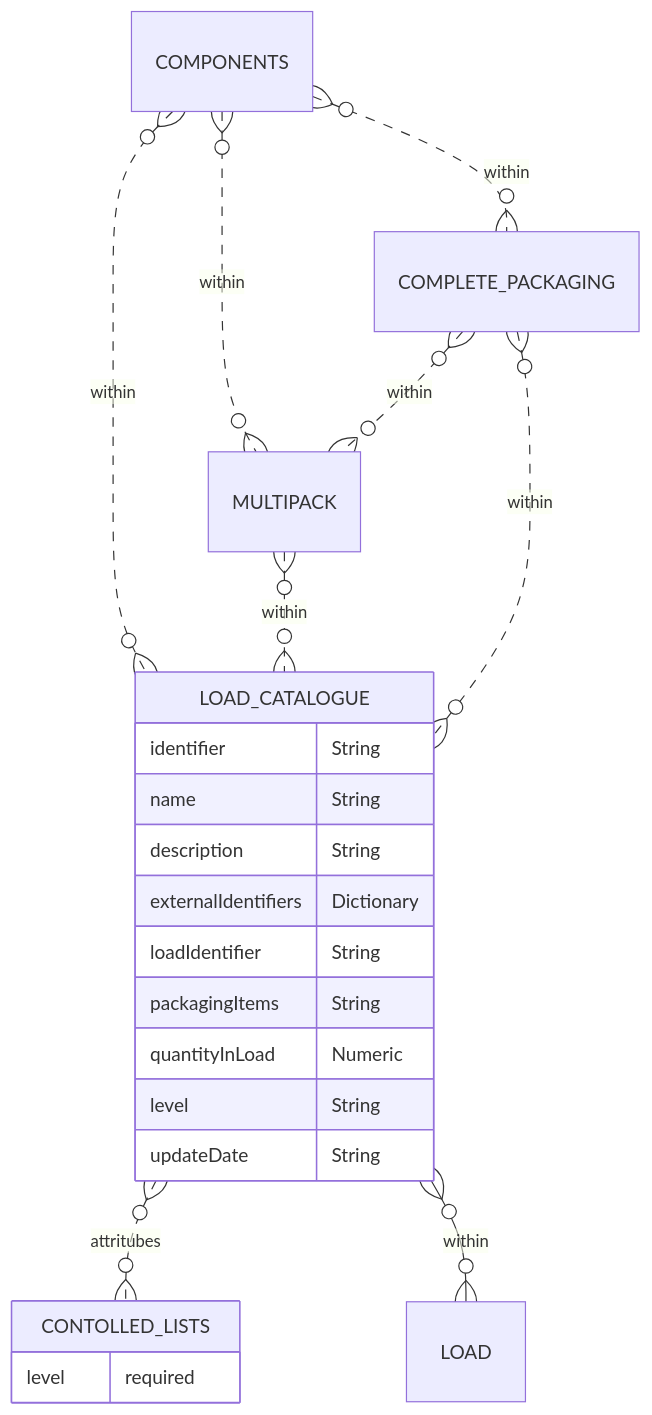
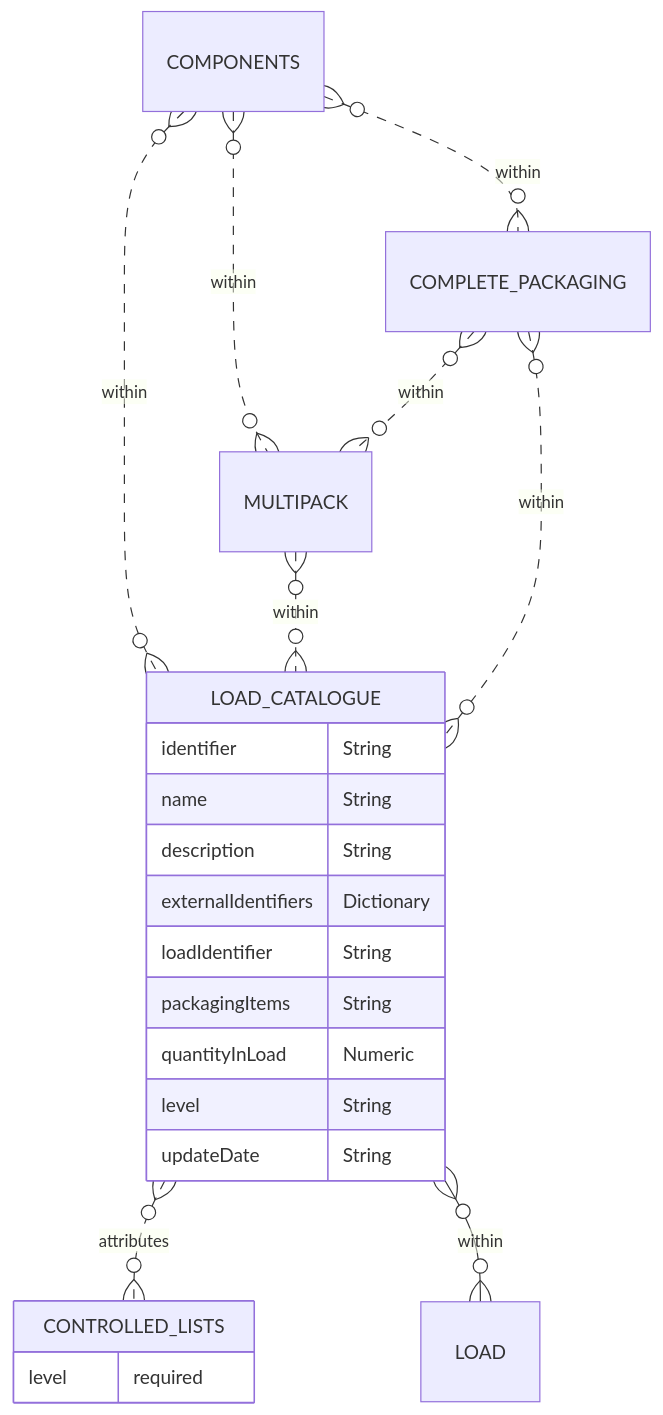
Before and after one commit to OpenDataManchester/Open3P: the diagram in docs/3_Data_Specification/3_6_Load_Catalogue.md, drawn with Mermaid. The commit also changed 4 other files, not shown here.

````diff
--- a/docs/3_Data_Specification/3_6_Load_Catalogue.md
+++ b/docs/3_Data_Specification/3_6_Load_Catalogue.md
@@ -25,26 +25,26 @@
 ``` mermaid
 erDiagram
 COMPONENTS }o..o{ LOAD_CATALOGUE : within
 COMPONENTS }o..o{ COMPLETE_PACKAGING : within
 COMPONENTS }o..o{ MULTIPACK : within
 MULTIPACK }o..o{ LOAD_CATALOGUE : within
 COMPLETE_PACKAGING }o..o{ LOAD_CATALOGUE : within
 COMPLETE_PACKAGING }o..o{ MULTIPACK : within
 
   LOAD_CATALOGUE {
     identifier String
     name String
     description String
     externalIdentifiers Dictionary
     loadIdentifier String
     packagingItems String
     quantityInLoad Numeric
     level String
     updateDate String
   }
-  LOAD_CATALOGUE }o..o{ CONTOLLED_LISTS : attritubes
+  LOAD_CATALOGUE }o..o{ CONTROLLED_LISTS : attributes
   LOAD_CATALOGUE }o--o{ LOAD : within
-        CONTOLLED_LISTS {
+        CONTROLLED_LISTS {
     level required
     }
 ```
````
